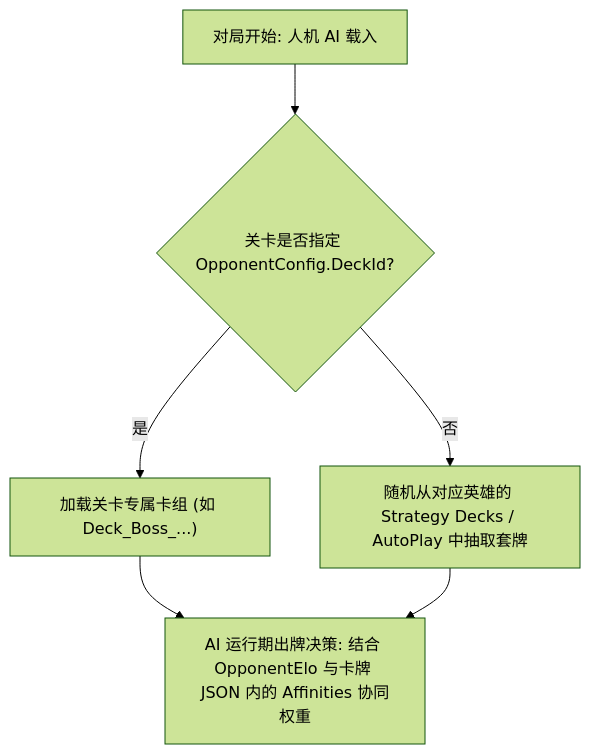
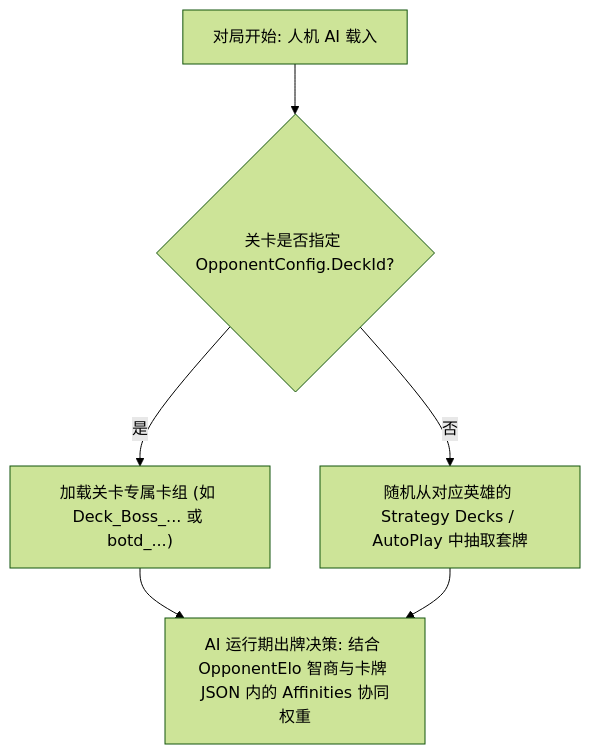
The diagram in 10.卡组与AI构筑修改/03.AI构筑逻辑与策略推荐卡组修改.md (Show-o4210/PVZH-Library), drawn with Mermaid (forest theme) before and after one commit. The commit also changed other lines of this file and 12 other files, not shown here.

````diff
--- a/10.卡组与AI构筑修改/03.AI构筑逻辑与策略推荐卡组修改.md
+++ b/10.卡组与AI构筑修改/03.AI构筑逻辑与策略推荐卡组修改.md
@@ -11,7 +11,7 @@
 ```mermaid
 graph TD
     A["对局开始: 人机 AI 载入"] --> B{"关卡是否指定 OpponentConfig.DeckId?"}
-    B -- 是 --> C["加载关卡专属卡组 (如 Deck_Boss_...)"]
+    B -- 是 --> C["加载关卡专属卡组 (如 Deck_Boss_... 或 botd_...)"]
     B -- 否 --> D["随机从对应英雄的 Strategy Decks / AutoPlay 中抽取套牌"]
-    C & D --> E["AI 运行期出牌决策: 结合 OpponentElo 与卡牌 JSON 内的 Affinities 协同权重"]
+    C & D --> E["AI 运行期出牌决策: 结合 OpponentElo 智商与卡牌 JSON 内的 Affinities 协同权重"]
 ```
````
